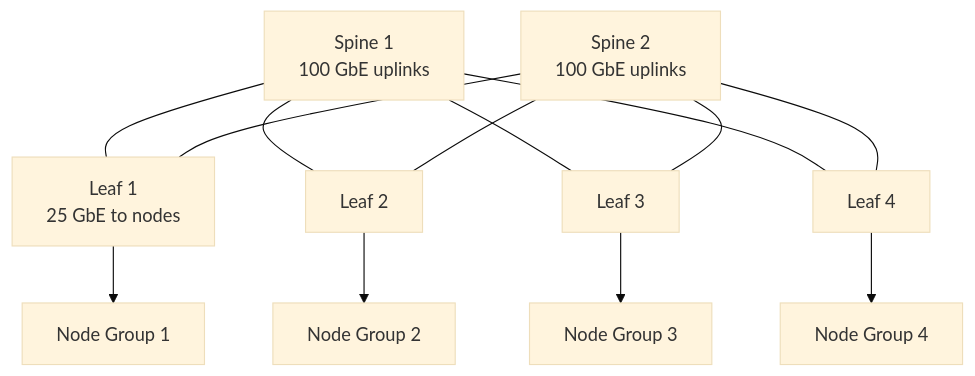
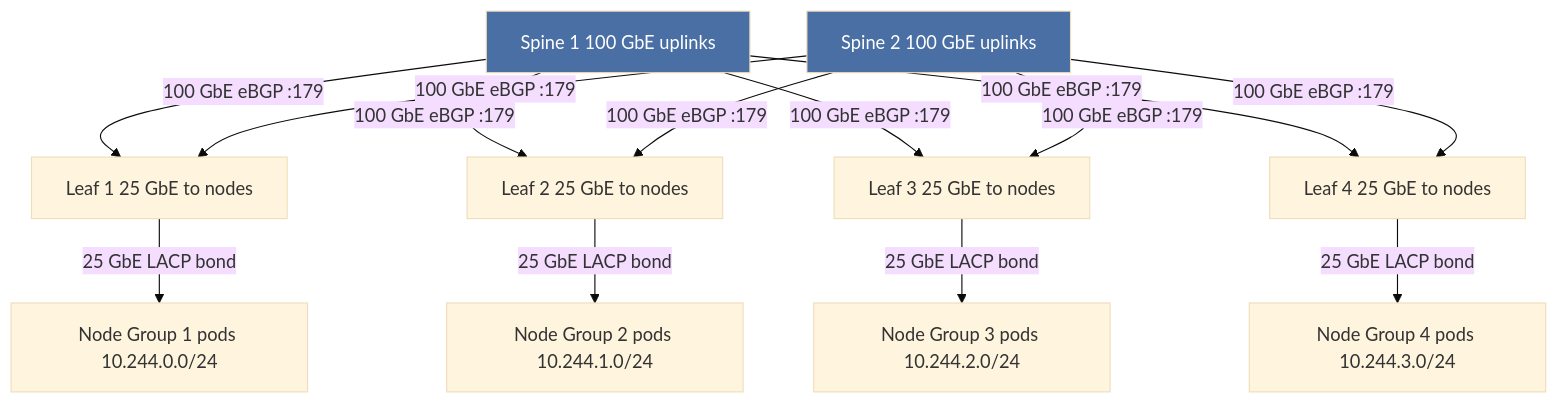
One commit to MykolaLebid/Kubernetes_networking_engineering changed the second of 3 diagrams in lessons/07-bare-metal-network-infrastructure.md. Above: the diagram before and after it, drawn with Mermaid (base theme). The commit also changed other lines of this file and 35 other files, not shown here.

First line of the commit message:
Restructure all 34 lessons: Theory/Practice split, richer diagrams, industry examples, navigation

````diff
--- a/lessons/07-bare-metal-network-infrastructure.md
+++ b/lessons/07-bare-metal-network-infrastructure.md
@@ -52,26 +49,29 @@
 ```mermaid
 flowchart TD
-    S1[Spine 1<br/>100 GbE uplinks]
-    S2[Spine 2<br/>100 GbE uplinks]
-    L1[Leaf 1<br/>25 GbE to nodes]
-    L2[Leaf 2]
-    L3[Leaf 3]
-    L4[Leaf 4]
-    NG1[Node Group 1]
-    NG2[Node Group 2]
-    NG3[Node Group 3]
-    NG4[Node Group 4]
+    S1["Spine 1 100 GbE uplinks"]
+    S2["Spine 2 100 GbE uplinks"]
+    L1["Leaf 1 25 GbE to nodes"]
+    L2["Leaf 2 25 GbE to nodes"]
+    L3["Leaf 3 25 GbE to nodes"]
+    L4["Leaf 4 25 GbE to nodes"]
+    NG1["Node Group 1 pods 10.244.0.0/24"]
+    NG2["Node Group 2 pods 10.244.1.0/24"]
+    NG3["Node Group 3 pods 10.244.2.0/24"]
+    NG4["Node Group 4 pods 10.244.3.0/24"]
 
-    S1 --- L1
-    S1 --- L2
-    S1 --- L3
-    S1 --- L4
-    S2 --- L1
-    S2 --- L2
-    S2 --- L3
-    S2 --- L4
-    L1 --> NG1
-    L2 --> NG2
-    L3 --> NG3
-    L4 --> NG4
+    S1 --"100 GbE eBGP :179"--> L1
+    S1 --"100 GbE eBGP :179"--> L2
+    S1 --"100 GbE eBGP :179"--> L3
+    S1 --"100 GbE eBGP :179"--> L4
+    S2 --"100 GbE eBGP :179"--> L1
+    S2 --"100 GbE eBGP :179"--> L2
+    S2 --"100 GbE eBGP :179"--> L3
+    S2 --"100 GbE eBGP :179"--> L4
+    L1 --"25 GbE LACP bond"--> NG1
+    L2 --"25 GbE LACP bond"--> NG2
+    L3 --"25 GbE LACP bond"--> NG3
+    L4 --"25 GbE LACP bond"--> NG4
+
+    style S1 fill:#4a6fa5,color:#fff
+    style S2 fill:#4a6fa5,color:#fff
 ```
````
